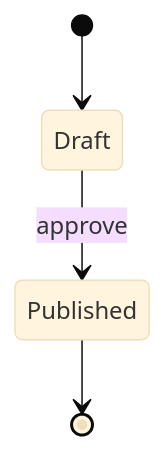
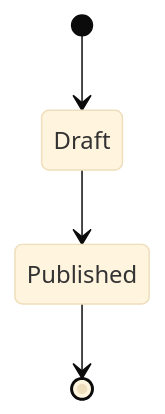
One commit to hiroki-imai/mmtutor changed the first of 3 diagrams in lessons/state.md. Above: the diagram before and after it, drawn with Mermaid (base theme). The commit also changed other lines of this file and 11 other files, not shown here.

````diff
--- a/lessons/state.md
+++ b/lessons/state.md
@@ -10,6 +6,6 @@
 ```mermaid
 stateDiagram-v2
   [*] --> Draft
-  Draft --> Published: approve
+  Draft --> Published
   Published --> [*]
 ```
````
